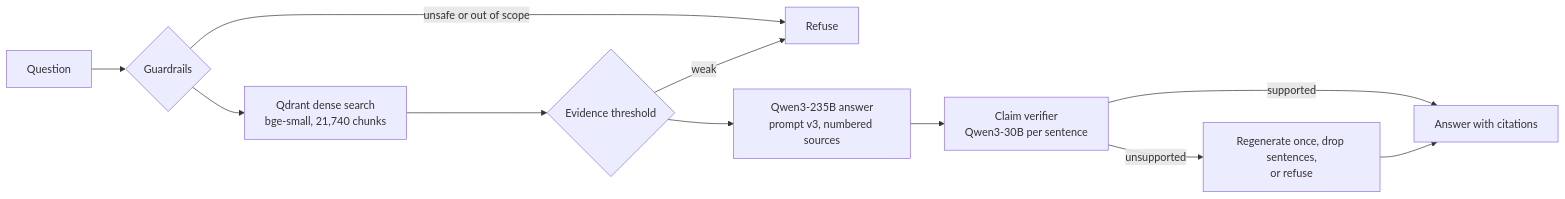
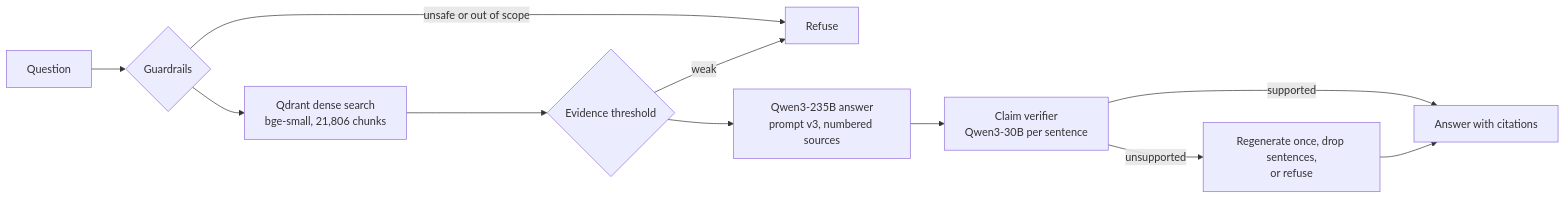
Before and after one commit to HeinHtet-Phyo/citewise: the diagram in README.md, drawn with Mermaid. The commit also changed other lines of this file and 6 other files, not shown here.

````diff
--- a/README.md
+++ b/README.md
@@ -103,13 +103,13 @@
 ```mermaid
 flowchart LR
     Q[Question] --> G{Guardrails}
     G -- unsafe or out of scope --> R[Refuse]
-    G --> S[Qdrant dense search<br/>bge-small, 21,740 chunks]
+    G --> S[Qdrant dense search<br/>bge-small, 21,806 chunks]
     S --> T{Evidence threshold}
     T -- weak --> R
     T --> L[Qwen3-235B answer<br/>prompt v3, numbered sources]
     L --> V[Claim verifier<br/>Qwen3-30B per sentence]
     V -- unsupported --> X[Regenerate once, drop sentences,<br/>or refuse]
     V -- supported --> A[Answer with citations]
     X --> A
 ```
````
